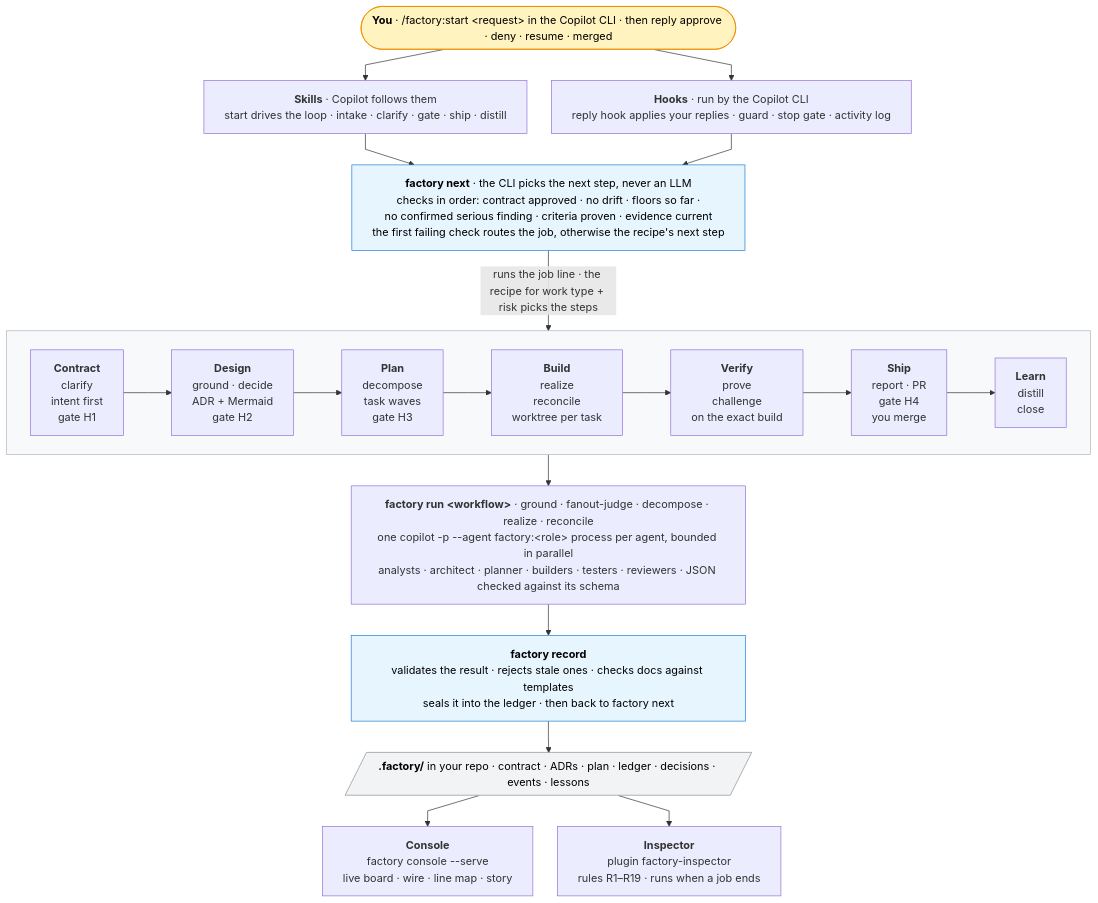
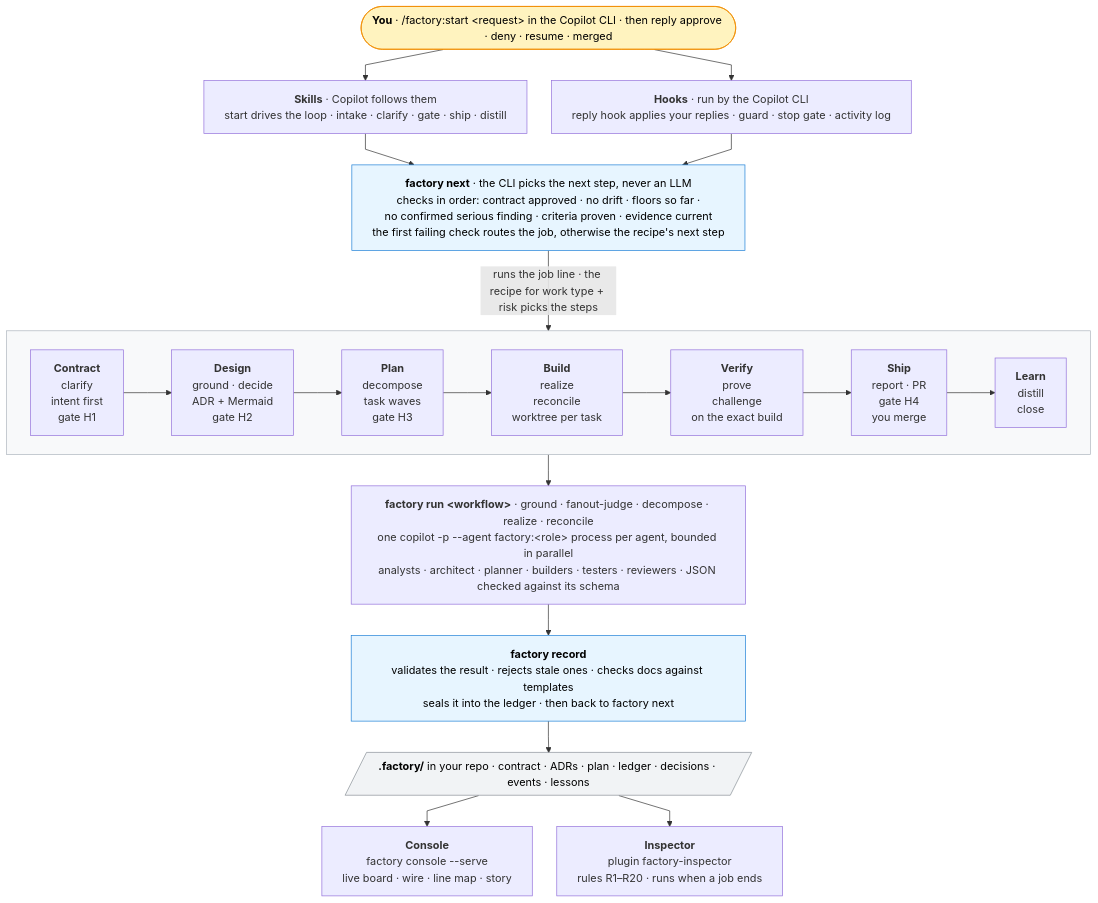
One commit to reshif/copilot-factory changed the diagram in README.md. Above: the diagram before and after it, drawn with Mermaid. The commit also changed other lines of this file and 9 other files, not shown here.

First line of the commit message:
Grounded intent: skills (one screen: what I found, what I'm assuming, then only the questions; researchable needs_user; H1 shows evidence-backed assumptions) and docs (README, ARCHITECTURE, COPILOT, DOCS)

````diff
--- a/README.md
+++ b/README.md
@@ -16,54 +18,54 @@
 ```mermaid
 ---
 config:
   flowchart:
     curve: linear
     nodeSpacing: 36
     rankSpacing: 46
     wrappingWidth: 520
 ---
 flowchart TB
   you(["<b>You</b> · /factory:start &lt;request&gt; in the Copilot CLI · then reply approve · deny · resume · merged"]):::human
 
   skills["<b>Skills</b> · Copilot follows them<br/>start drives the loop · intake · clarify · gate · ship · distill"]
   hooks["<b>Hooks</b> · run by the Copilot CLI<br/>reply hook applies your replies · guard · stop gate · activity log"]
 
   router["<b>factory next</b> · the CLI picks the next step, never an LLM<br/>checks in order: contract approved · no drift · floors so far ·<br/>no confirmed serious finding · criteria proven · evidence current<br/>the first failing check routes the job, otherwise the recipe's next step"]:::cli
 
   subgraph line[" "]
     direction LR
     s1["<b>Contract</b><br/>clarify<br/>intent first<br/>gate H1"]
     s2["<b>Design</b><br/>ground · decide<br/>ADR + Mermaid<br/>gate H2"]
     s3["<b>Plan</b><br/>decompose<br/>task waves<br/>gate H3"]
     s4["<b>Build</b><br/>realize<br/>reconcile<br/>worktree per task"]
     s5["<b>Verify</b><br/>prove<br/>challenge<br/>on the exact build"]
     s6["<b>Ship</b><br/>report · PR<br/>gate H4<br/>you merge"]
     s7["<b>Learn</b><br/>distill<br/>close"]
     s1 --> s2 --> s3 --> s4 --> s5 --> s6 --> s7
   end
 
   run["<b>factory run &lt;workflow&gt;</b> · ground · fanout-judge · decompose · realize · reconcile<br/>one copilot -p --agent factory:&lt;role&gt; process per agent, bounded in parallel<br/>analysts · architect · planner · builders · testers · reviewers · JSON checked against its schema"]
 
   record["<b>factory record</b><br/>validates the result · rejects stale ones · checks docs against templates<br/>seals it into the ledger · then back to factory next"]:::cli
 
   store[/"<b>.factory/</b> in your repo · contract · ADRs · plan · ledger · decisions · events · lessons"/]:::art
 
   console["<b>Console</b><br/>factory console --serve<br/>live board · wire · line map · story"]
-  inspector["<b>Inspector</b><br/>plugin factory-inspector<br/>rules R1–R19 · runs when a job ends"]
+  inspector["<b>Inspector</b><br/>plugin factory-inspector<br/>rules R1–R20 · runs when a job ends"]
 
   you --> skills
   you --> hooks
   skills --> router
   hooks --> router
   router -->|"runs the job line · the recipe for work type + risk picks the steps"| line
   line --> run
   run --> record
   record --> store
   store --> console
   store --> inspector
 
   classDef human fill:#fff3bf,stroke:#f08c00,color:#000
   classDef cli fill:#e7f5ff,stroke:#1c7ed6,color:#000
   classDef art fill:#f1f3f5,stroke:#868e96,color:#000
   style line fill:#f8f9fa,stroke:#adb5bd
 ```
````
